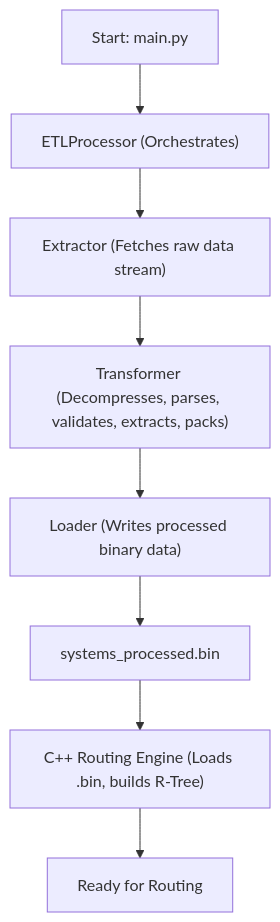
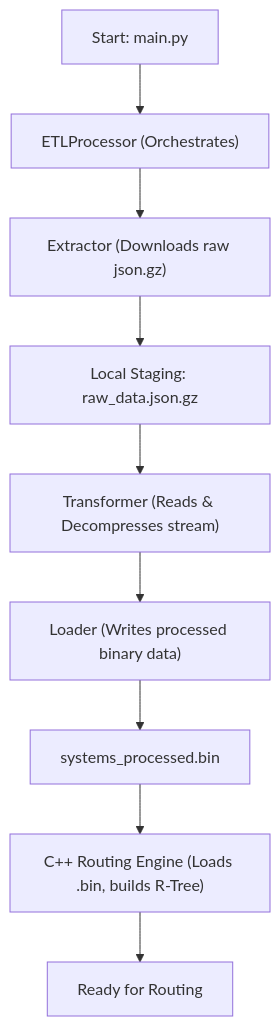
One commit to mnaatjes/elite-dangerous-dev changed the first of 3 diagrams in pipeline/docs/etl_process_deep_dive.md. Above: the diagram before and after it, drawn with Mermaid. The commit also changed other lines of this file and 21 other files, not shown here.

````diff
--- a/pipeline/docs/etl_process_deep_dive.md
+++ b/pipeline/docs/etl_process_deep_dive.md
@@ -11,10 +11,11 @@
 ```mermaid
 graph TD
     A["Start: main.py"] --> B["ETLProcessor (Orchestrates)"];
-    B --> C["Extractor (Fetches raw data stream)"];
-    C --> D["Transformer (Decompresses, parses, validates, extracts, packs)"];
+    B --> C["Extractor (Downloads raw json.gz)"];
+    C --> C1["Local Staging: raw_data.json.gz"];
+    C1 --> D["Transformer (Reads & Decompresses stream)"];
     D --> E["Loader (Writes processed binary data)"];
     E --> F["systems_processed.bin"];
     F --> G["C++ Routing Engine (Loads .bin, builds R-Tree)"];
     G --> H["Ready for Routing"];
 ```
````
